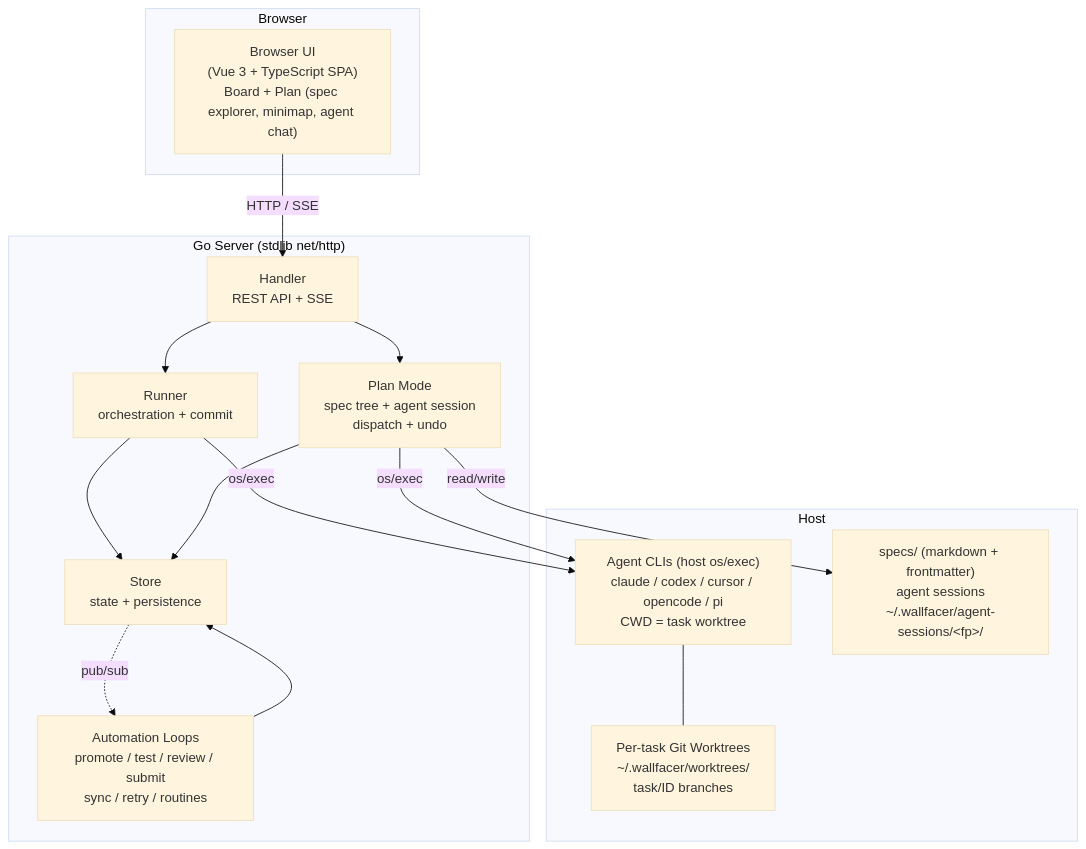
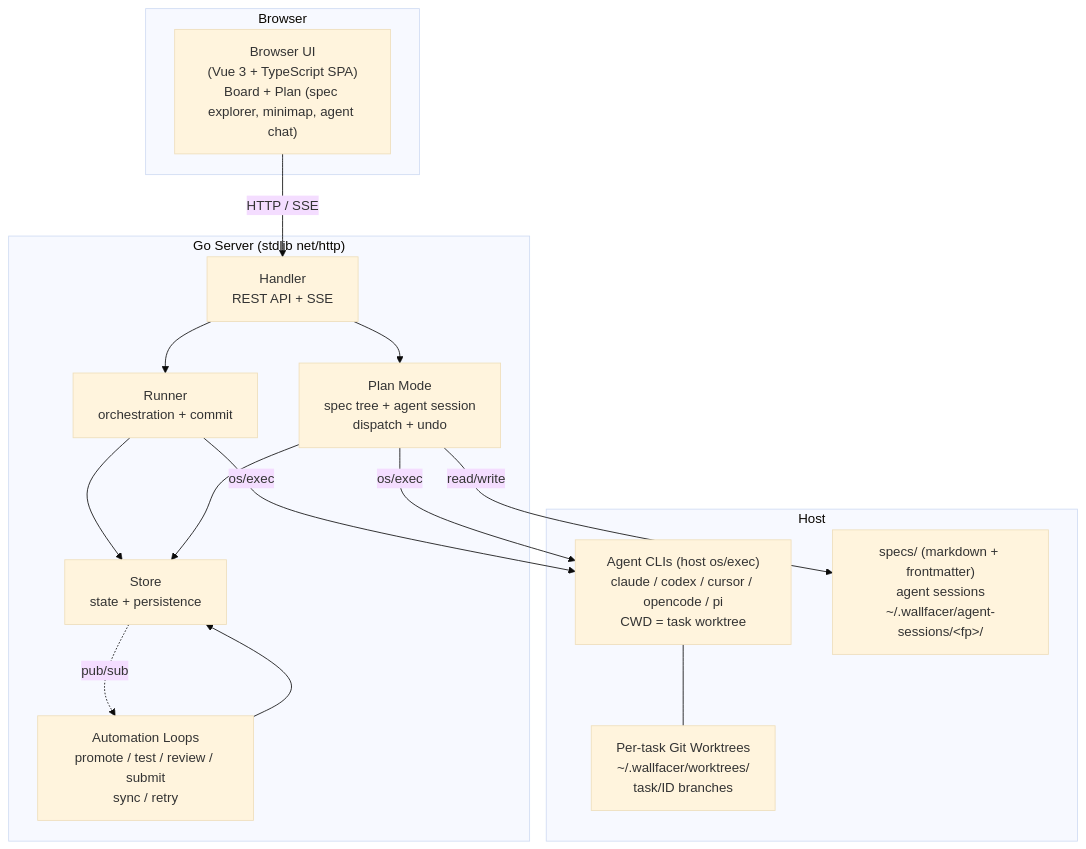
Before and after one commit to changkun/wallfacer: the first of 5 diagrams in docs/internals/architecture.md, drawn with Mermaid (base theme). The commit also changed other lines of this file and 40 other files, not shown here.

````diff
--- a/docs/internals/architecture.md
+++ b/docs/internals/architecture.md
@@ -15,33 +15,33 @@
 ```mermaid
 graph TB
     subgraph Browser
         UI["Browser UI<br/>(Vue 3 + TypeScript SPA)<br/>Board + Plan (spec explorer, minimap, agent chat)"]
     end
 
     subgraph Server["Go Server (stdlib net/http)"]
         Handler["Handler<br/>REST API + SSE"]
         Runner["Runner<br/>orchestration + commit"]
         Store["Store<br/>state + persistence"]
-        Automation["Automation Loops<br/>promote / test / review / submit<br/>sync / retry / routines"]
+        Automation["Automation Loops<br/>promote / test / review / submit<br/>sync / retry"]
         Plan["Plan Mode<br/>spec tree + agent session<br/>dispatch + undo"]
 
         Handler --> Runner
         Handler --> Plan
         Runner --> Store
         Automation --> Store
         Plan --> Store
         Store -.->|pub/sub| Automation
     end
 
     subgraph Infra["Host"]
         Agents["Agent CLIs (host os/exec)<br/>claude / codex / cursor / opencode / pi<br/>CWD = task worktree"]
         Worktrees["Per-task Git Worktrees<br/>~/.wallfacer/worktrees/<br/>task/ID branches"]
         SpecsFS["specs/ (markdown + frontmatter)<br/>agent sessions<br/>~/.wallfacer/agent-sessions/&lt;fp&gt;/"]
         Agents --- Worktrees
     end
 
     UI -->|"HTTP / SSE"| Handler
     Runner -->|os/exec| Agents
     Plan -->|os/exec| Agents
     Plan -->|read/write| SpecsFS
 ```
````
